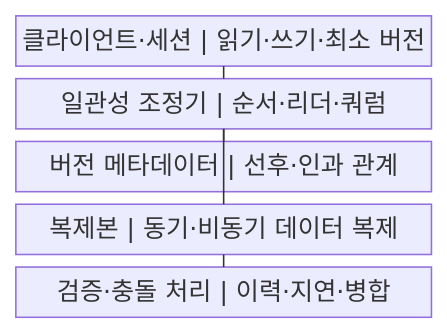
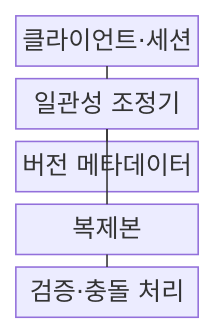
The first of 2 diagrams in src/content/docs/notes/03-software/176_distributed_consistency_models.md (agnusdei1207/knowledge-base), drawn with Mermaid before and after one commit. The commit also changed other lines of this file and 238 other files, not shown here.

````diff
--- a/src/content/docs/notes/03-software/176_distributed_consistency_models.md
+++ b/src/content/docs/notes/03-software/176_distributed_consistency_models.md
@@ -55,13 +55,13 @@
 ```mermaid
-block
+block-beta
     columns 1
-    A["클라이언트·세션 | 읽기·쓰기·최소 버전"]
-    B["일관성 조정기 | 순서·리더·쿼럼"]
-    C["버전 메타데이터 | 선후·인과 관계"]
-    D["복제본 | 동기·비동기 데이터 복제"]
-    E["검증·충돌 처리 | 이력·지연·병합"]
+    A["클라이언트·세션"]
+    B["일관성 조정기"]
+    C["버전 메타데이터"]
+    D["복제본"]
+    E["검증·충돌 처리"]
     A --- B
     B --- C
     B --- D
     D --- E
 ```
````
